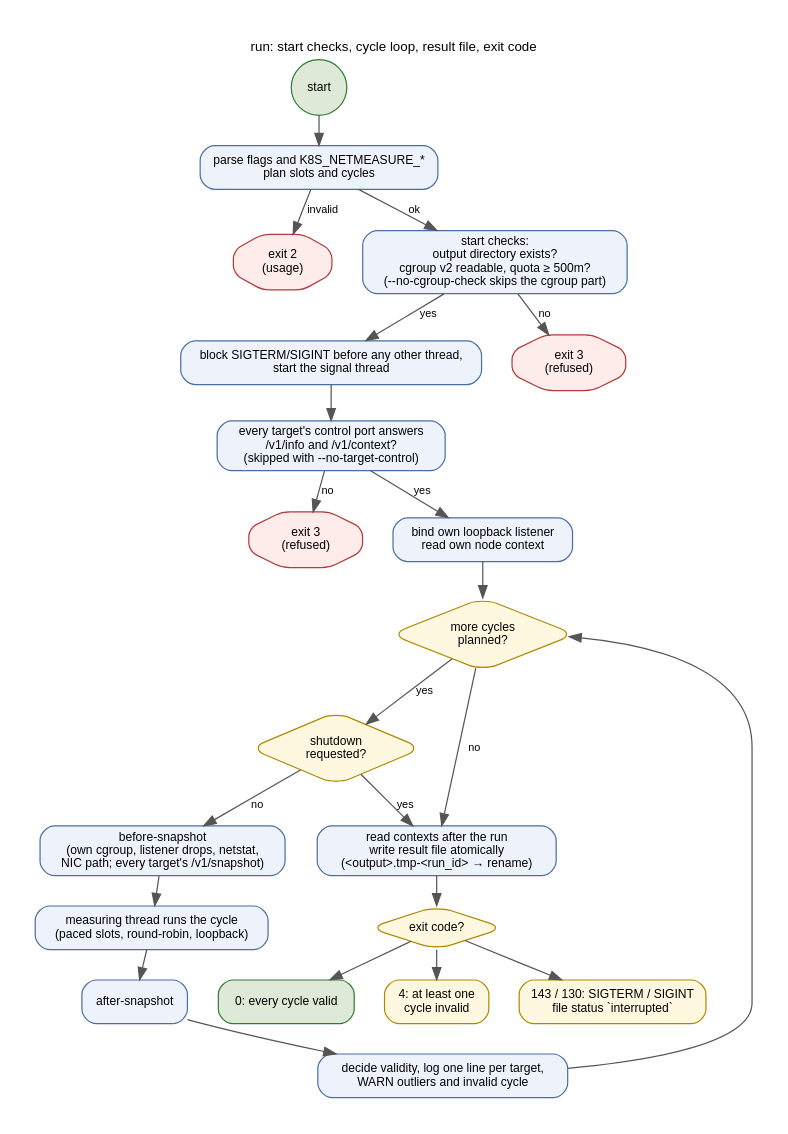
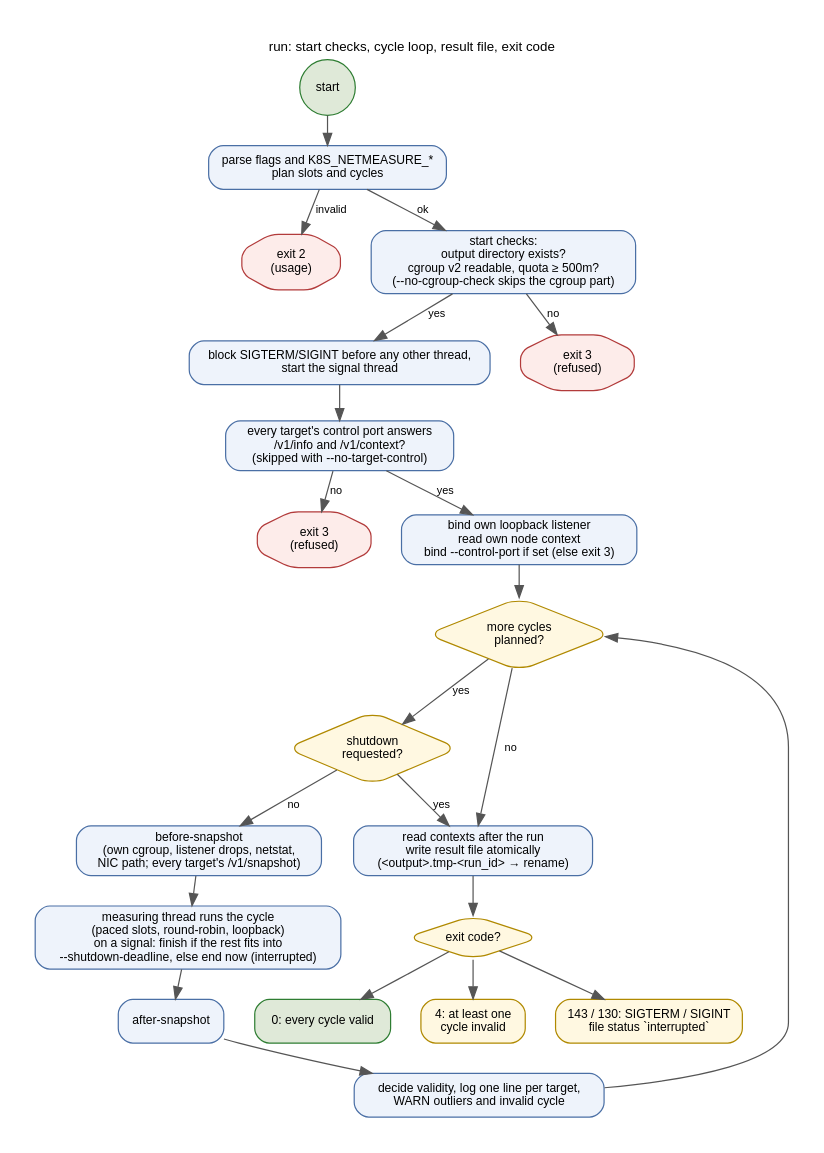
The diagram in docs/user/diagrams/run-lifecycle.dot (git001/k8s-netmeasure-rs), drawn with Graphviz before and after one commit. The commit also changed 26 other files, not shown here.

Commit message:
run: shutdown deadline and optional control port (milestone 3e1)

```diff
--- a/docs/user/diagrams/run-lifecycle.dot
+++ b/docs/user/diagrams/run-lifecycle.dot
@@ -1,45 +1,45 @@
 // What `run` does from start to exit.
 digraph run_lifecycle {
   graph [rankdir=TB, fontname="Helvetica", fontsize=11, nodesep=0.35, ranksep=0.32, pad=0.3,
          label="run: start checks, cycle loop, result file, exit code", labelloc=t];
   node  [shape=box, style="rounded,filled", fontname="Helvetica", fontsize=10, fillcolor="#eef3fb", color="#4a6fa5"];
   edge  [fontname="Helvetica", fontsize=9, color="#555555"];
 
   start   [label="start", shape=circle, width=0.5, fillcolor="#dfe9d8", color="#2e7d32"];
   config  [label="parse flags and K8S_NETMEASURE_*\nplan slots and cycles"];
   e2      [label="exit 2\n(usage)", shape=octagon, fillcolor="#fdecea", color="#b23b3b"];
   checks  [label="start checks:\noutput directory exists?\ncgroup v2 readable, quota ≥ 500m?\n(--no-cgroup-check skips the cgroup part)"];
   signals [label="block SIGTERM/SIGINT before any other thread,\nstart the signal thread"];
   remote  [label="every target's control port answers\n/v1/info and /v1/context?\n(skipped with --no-target-control)"];
   e3b     [label="exit 3\n(refused)", shape=octagon, fillcolor="#fdecea", color="#b23b3b"];
   e3      [label="exit 3\n(refused)", shape=octagon, fillcolor="#fdecea", color="#b23b3b"];
-  setup   [label="bind own loopback listener\nread own node context"];
+  setup   [label="bind own loopback listener\nread own node context\nbind --control-port if set (else exit 3)"];
   more    [label="more cycles\nplanned?", shape=diamond, fillcolor="#fff8e1", color="#b08900"];
   sig     [label="shutdown\nrequested?", shape=diamond, fillcolor="#fff8e1", color="#b08900"];
   before  [label="before-snapshot\n(own cgroup, listener drops, netstat,\nNIC path; every target's /v1/snapshot)"];
-  cycle   [label="measuring thread runs the cycle\n(paced slots, round-robin, loopback)"];
+  cycle   [label="measuring thread runs the cycle\n(paced slots, round-robin, loopback)\non a signal: finish if the rest fits into\n--shutdown-deadline, else end now (interrupted)"];
   after   [label="after-snapshot"];
   valid   [label="decide validity, log one line per target,\nWARN outliers and invalid cycle"];
   write   [label="read contexts after the run\nwrite result file atomically\n(<output>.tmp-<run_id> → rename)"];
   exit    [label="exit code?", shape=diamond, fillcolor="#fff8e1", color="#b08900"];
   e0      [label="0: every cycle valid", shape=box, fillcolor="#dfe9d8", color="#2e7d32"];
   e4      [label="4: at least one\ncycle invalid", shape=box, fillcolor="#fff8e1", color="#b08900"];
   e143    [label="143 / 130: SIGTERM / SIGINT\nfile status `interrupted`", shape=box, fillcolor="#fff8e1", color="#b08900"];
 
   start -> config;
   config -> e2 [label="invalid"];
   config -> checks [label="ok"];
   checks -> e3 [label="no"];
   checks -> signals [label="yes"];
   signals -> remote;
   remote -> e3b [label="no"];
   remote -> setup [label="yes"];
   setup -> more;
   more -> sig [label="yes"];
   sig -> before [label="no"];
   before -> cycle -> after -> valid -> more;
   sig -> write [label="yes"];
   more -> write [label="no"];
   write -> exit;
   exit -> e0; exit -> e4; exit -> e143;
 }
```
